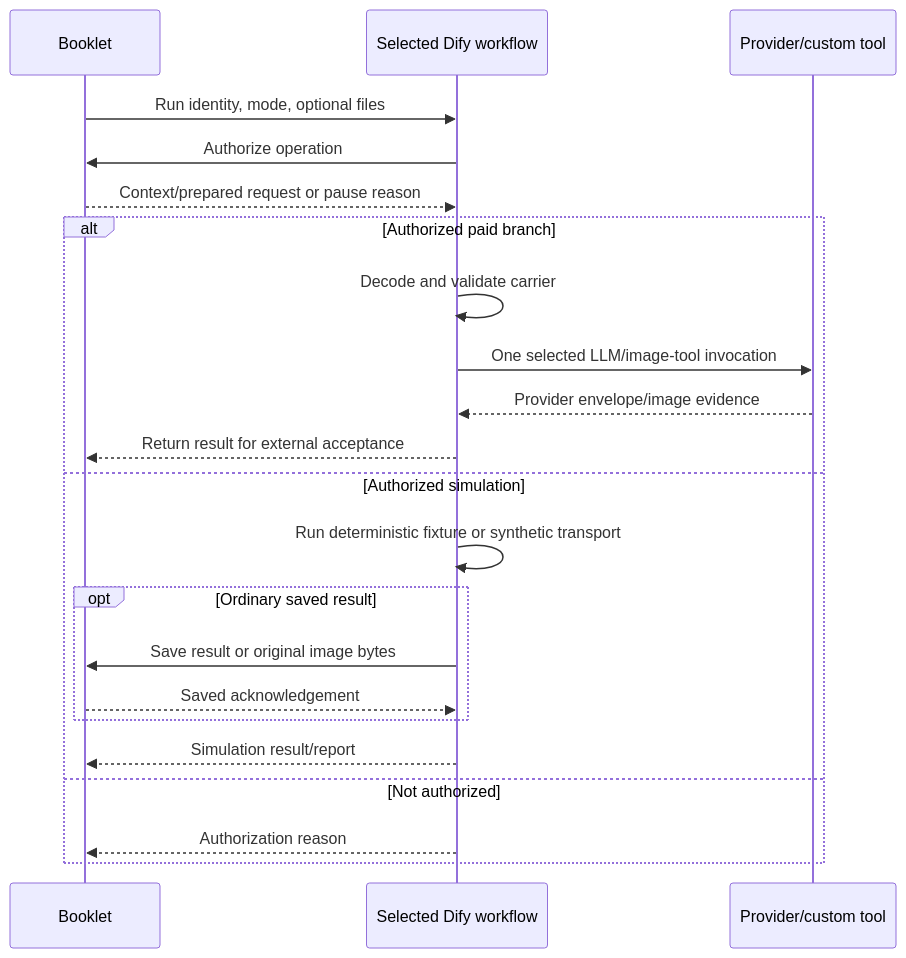
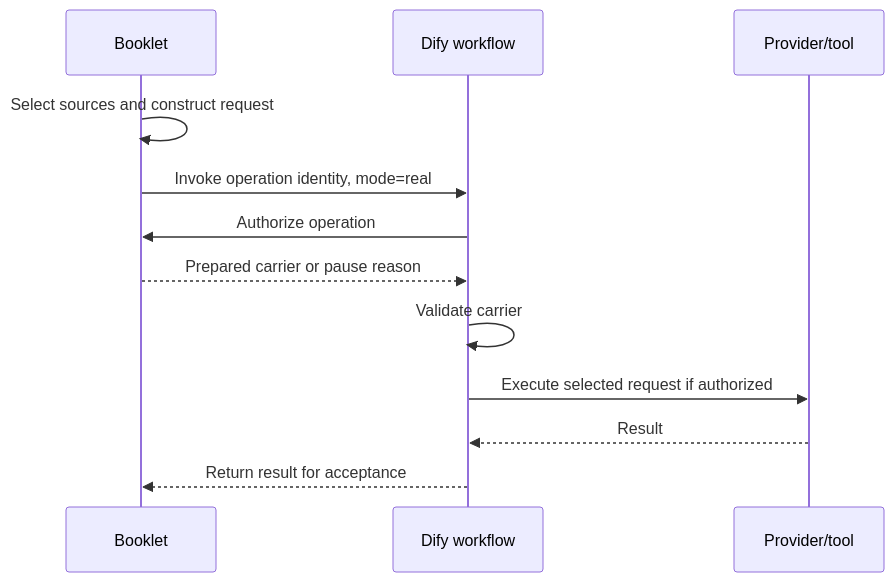
Before and after one commit to karpishe-experiments/agentic-poc: the first of 2 diagrams in docs/accepted/2026-09-27_dify-booklet-runner/workflow-package/README.md, drawn with Mermaid. The commit also changed other lines of this file and 61 other files, not shown here.

Commit message:
docs: publish Real-only workflow and prompt reference

````diff
--- a/docs/accepted/2026-09-27_dify-booklet-runner/workflow-package/README.md
+++ b/docs/accepted/2026-09-27_dify-booklet-runner/workflow-package/README.md
@@ -23,24 +15,14 @@
 ```mermaid
 sequenceDiagram
   participant B as Booklet
-  participant D as Selected Dify workflow
-  participant P as Provider/custom tool
-  B->>D: Run identity, mode, optional files
+  participant D as Dify workflow
+  participant P as Provider/tool
+  B->>B: Select sources and construct request
+  B->>D: Invoke operation identity, mode=real
   D->>B: Authorize operation
-  B-->>D: Context/prepared request or pause reason
-  alt Authorized paid branch
-    D->>D: Decode and validate carrier
-    D->>P: One selected LLM/image-tool invocation
-    P-->>D: Provider envelope/image evidence
-    D-->>B: Return result for external acceptance
-  else Authorized simulation
-    D->>D: Run deterministic fixture or synthetic transport
-    opt Ordinary saved result
-      D->>B: Save result or original image bytes
-      B-->>D: Saved acknowledgement
-    end
-    D-->>B: Simulation result/report
-  else Not authorized
-    D-->>B: Authorization reason
-  end
+  B-->>D: Prepared carrier or pause reason
+  D->>D: Validate carrier
+  D->>P: Execute selected request if authorized
+  P-->>D: Result
+  D-->>B: Return result for acceptance
 ```
````
